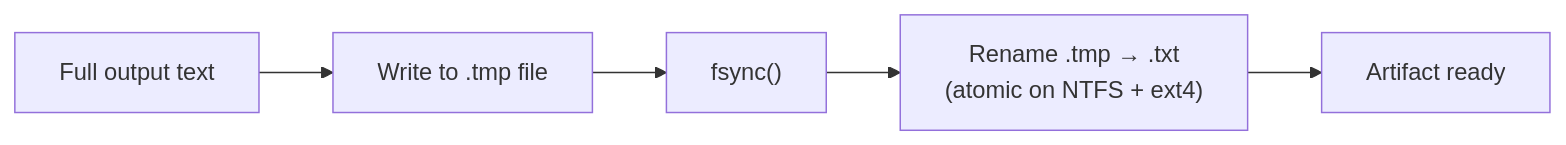
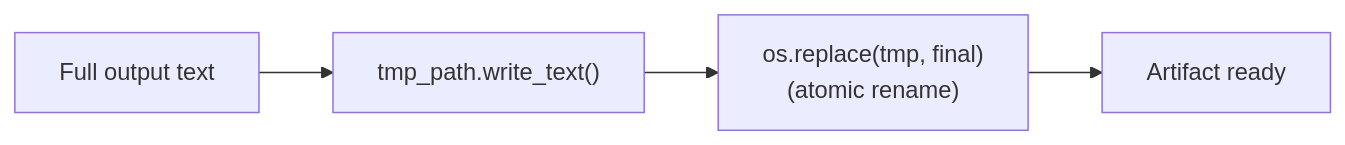
One commit to brunogcar/agent changed the third of 3 diagrams in docs/core/CONTEXT_PRUNER.md. Above: the diagram before and after it, drawn with Mermaid. The commit also changed other lines of this file and 12 other files, not shown here.

````diff
--- a/docs/core/CONTEXT_PRUNER.md
+++ b/docs/core/CONTEXT_PRUNER.md
@@ -113,7 +106,6 @@
 ```mermaid
 graph LR
-    A["Full output text"] --> B["Write to .tmp file"]
-    B --> C["fsync()"]
-    C --> D["Rename .tmp → .txt<br/>(atomic on NTFS + ext4)"]
-    D --> E["Artifact ready"]
+    A["Full output text"] --> B["tmp_path.write_text()"]
+    B --> C["os.replace(tmp, final)<br/>(atomic rename)"]
+    C --> D["Artifact ready"]
 ```
````
